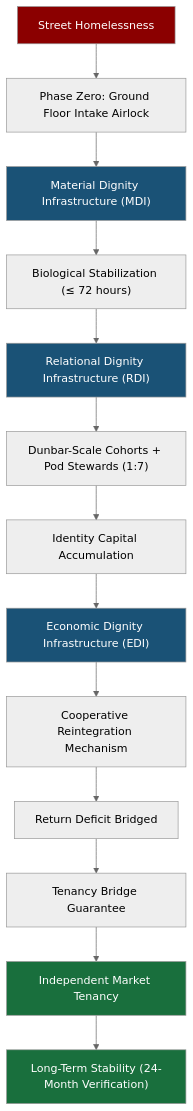
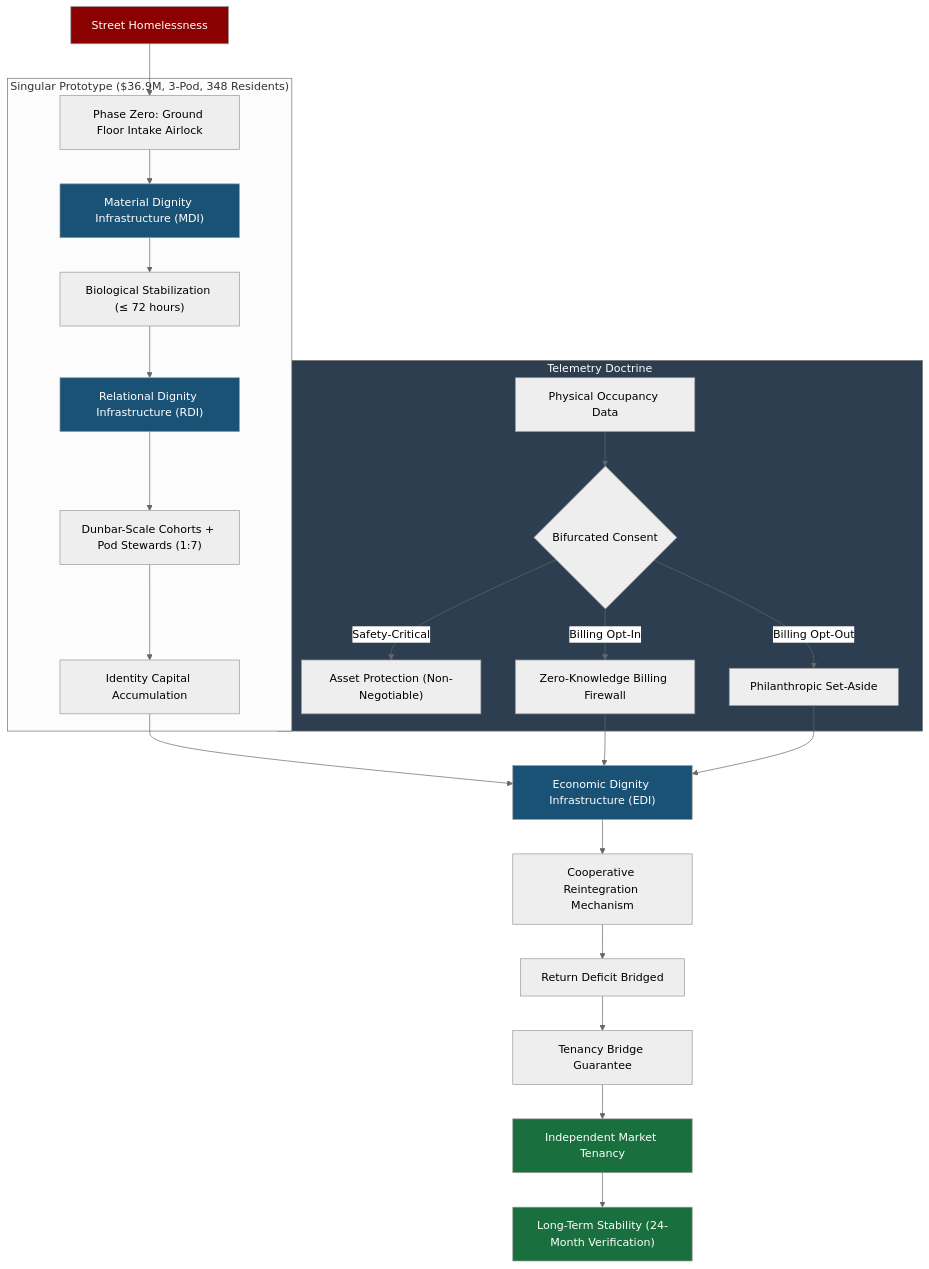
One commit to Systemic-Dignity-Infrastructure/sdi-specification changed the first of 2 diagrams in 02_architecture/ARCHITECTURE_DIAGRAMS.md. Above: the diagram before and after it, drawn with Mermaid (neutral theme). The commit also changed other lines of this file and 1 other file, not shown here.

Commit message:
Structural Hardening: Synchronize ARCHITECTURE_DIAGRAMS.md
- Updated System Context Diagram to include the 6.9M Singular Prototype bounding box and the bifurcated Telemetry Doctrine feeding into the Economic layer.
- Updated Repository Architecture Diagram to integrate the 10_capital_architecture directory.

````diff
--- a/02_architecture/ARCHITECTURE_DIAGRAMS.md
+++ b/02_architecture/ARCHITECTURE_DIAGRAMS.md
@@ -5,22 +5,38 @@
 ```mermaid
 flowchart TD
     A["Street Homelessness"] --> B["Phase Zero: Ground Floor Intake Airlock"]
-    B --> C["Material Dignity Infrastructure (MDI)"]
-    C --> D["Biological Stabilization (≤ 72 hours)"]
-    D --> E["Relational Dignity Infrastructure (RDI)"]
-    E --> F["Dunbar-Scale Cohorts + Pod Stewards (1:7)"]
-    F --> G["Identity Capital Accumulation"]
+    
+    subgraph SP ["Singular Prototype ($36.9M, 3-Pod, 348 Residents)"]
+        B --> C["Material Dignity Infrastructure (MDI)"]
+        C --> D["Biological Stabilization (≤ 72 hours)"]
+        D --> E["Relational Dignity Infrastructure (RDI)"]
+        E --> F["Dunbar-Scale Cohorts + Pod Stewards (1:7)"]
+        F --> G["Identity Capital Accumulation"]
+    end
+
     G --> H["Economic Dignity Infrastructure (EDI)"]
+    
+    subgraph TELEMETRY ["Telemetry Doctrine"]
+        T1["Physical Occupancy Data"] --> T2{"Bifurcated Consent"}
+        T2 -->|"Safety-Critical"| T3["Asset Protection (Non-Negotiable)"]
+        T2 -->|"Billing Opt-In"| T4["Zero-Knowledge Billing Firewall"]
+        T2 -->|"Billing Opt-Out"| T5["Philanthropic Set-Aside"]
+    end
+    
+    T4 --> H
+    T5 --> H
+    
     H --> I["Cooperative Reintegration Mechanism"]
     I --> J["Return Deficit Bridged"]
     J --> K["Tenancy Bridge Guarantee"]
     K --> L["Independent Market Tenancy"]
     L --> M["Long-Term Stability (24-Month Verification)"]
 
     style A fill:#8B0000,color:#fff
     style C fill:#1a5276,color:#fff
     style E fill:#1a5276,color:#fff
     style H fill:#1a5276,color:#fff
     style L fill:#196F3D,color:#fff
     style M fill:#196F3D,color:#fff
+    style TELEMETRY fill:#2C3E50,color:#fff
 ```
````
